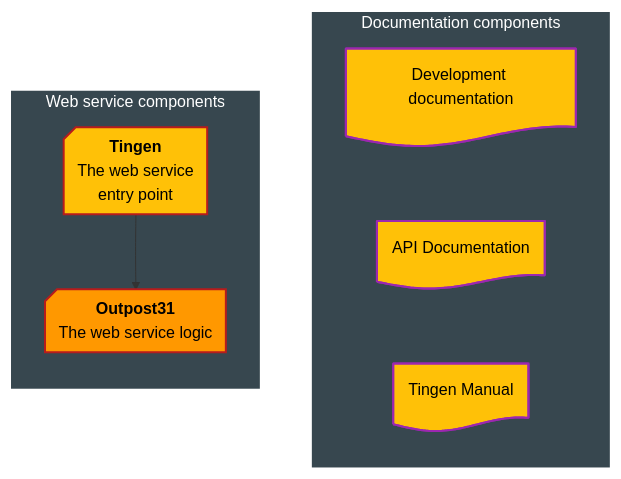
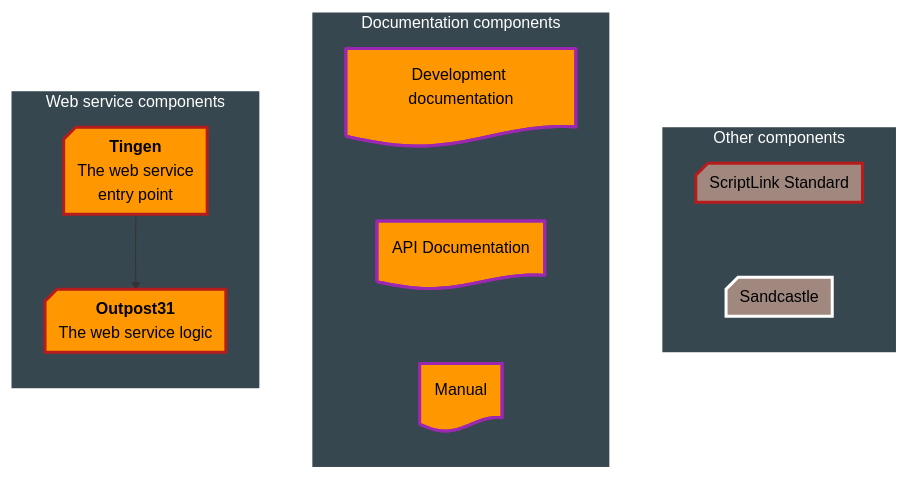
Before and after one commit to spectrum-health-systems/tingen-documentation: the first of 3 diagrams in Development/Development-processes.md, drawn with Mermaid. The commit also changed other lines of this file and 1 other file, not shown here.

````diff
--- a/Development/Development-processes.md
+++ b/Development/Development-processes.md
@@ -23,36 +23,47 @@
 ```mermaid
 flowchart TB
+  subgraph Other["Other components"]
+      direction TB
+      %% Components
+      ScriptLinkStandard@{shape: notch-rect, label: "ScriptLink Standard"}
+      Sandcastle@{shape: notch-rect, label: "Sandcastle"}
+      %% Layout
+      ScriptLinkStandard ~~~ Sandcastle
+  end
   subgraph Documentation["Documentation components"]
       direction TB
       %% Components
       DevelopmentDocumentation@{shape: doc, label: "Development documentation"}
       ApiDocumentation@{shape: doc, label: "API Documentation"}
-      Manual@{shape: doc, label: "Tingen Manual"}
+      Manual@{shape: doc, label: "Manual"}
       %% Layout
       DevelopmentDocumentation ~~~ ApiDocumentation ~~~ Manual
   end
   subgraph WebService["Web service components"]
       direction TB
       %% Components
       Tingen@{shape: notch-rect, label: "**Tingen**<br/>The web service<br/>entry point"}
       Outpost31@{shape: notch-rect, label: "**Outpost31**<br/>The web service logic"}
       %% Layout
       Tingen --> Outpost31
   end
-  %% Styles #f7dc6f #f5b041 #b9770e
-  style WebService color:#FFF,fill:#37474f,stroke:#FFF,stroke-width:2px
-  style Tingen color:#000,fill:#ffc107,stroke:#b71c1c,stroke-width:2px
-  style Outpost31 color:#000,fill:#ff9800,stroke:#b71c1c,stroke-width:2px
-  style Documentation color:#FFF,fill:#37474f,stroke:#FFF,stroke-width:2px
-  style DevelopmentDocumentation color:#000,fill:#ffc107,stroke:#9c27b0,stroke-width:2px
-  style ApiDocumentation color:#000,fill:#ffc107,stroke:#9c27b0,stroke-width:2px
-  style Manual color:#000,fill:#ffc107,stroke:#9c27b0,stroke-width:2px
+  %% Styles
+  style WebService color:#FFF,fill:#37474f,stroke:#FFF,stroke-width:3px
+  style Tingen color:#000,fill:#ff9800,stroke:#b71c1c,stroke-width:3px
+  style Outpost31 color:#000,fill:#ff9800,stroke:#b71c1c,stroke-width:3px
+  style Documentation color:#FFF,fill:#37474f,stroke:#FFF,stroke-width:3px
+  style DevelopmentDocumentation color:#000,fill:#ff9800,stroke:#9c27b0,stroke-width:3px
+  style ApiDocumentation color:#000,fill:#ff9800,stroke:#9c27b0,stroke-width:3px
+  style Manual color:#000,fill:#ff9800,stroke:#9c27b0,stroke-width:3px
+  style Other color:#FFF,fill:#37474f,stroke:#FFF,stroke-width:3px
+  style ScriptLinkStandard color:#000,fill:#a1887f,stroke:#b71c1c,stroke-width:3px
+  style Sandcastle color:#000,fill:#a1887f,stroke:#FFF,stroke-width:3px
   %% Links 
   click Tingen "https://github.com/spectrum-health-systems/Tingen_development"
   click Outpost31 "https://github.com/spectrum-health-systems/Outpost31"
   click DevelopmentDocumentation "https://github.com/spectrum-health-systems/Tingen-Documentation/blob/main/Development"
   click ApiDocumentation "https://github.com/spectrum-health-systems/Tingen-Documentation/blob/main/docs"
   click Manual "https://github.com/spectrum-health-systems/Tingen-Documentation/blob/main/Manual"
-
-
+  click ScriptLinkStandard "https://github.com/rcskids/ScriptLinkStandard"
+  click Sandcastle "https://github.com/EWSoftware/SHFB"
 ```
````
